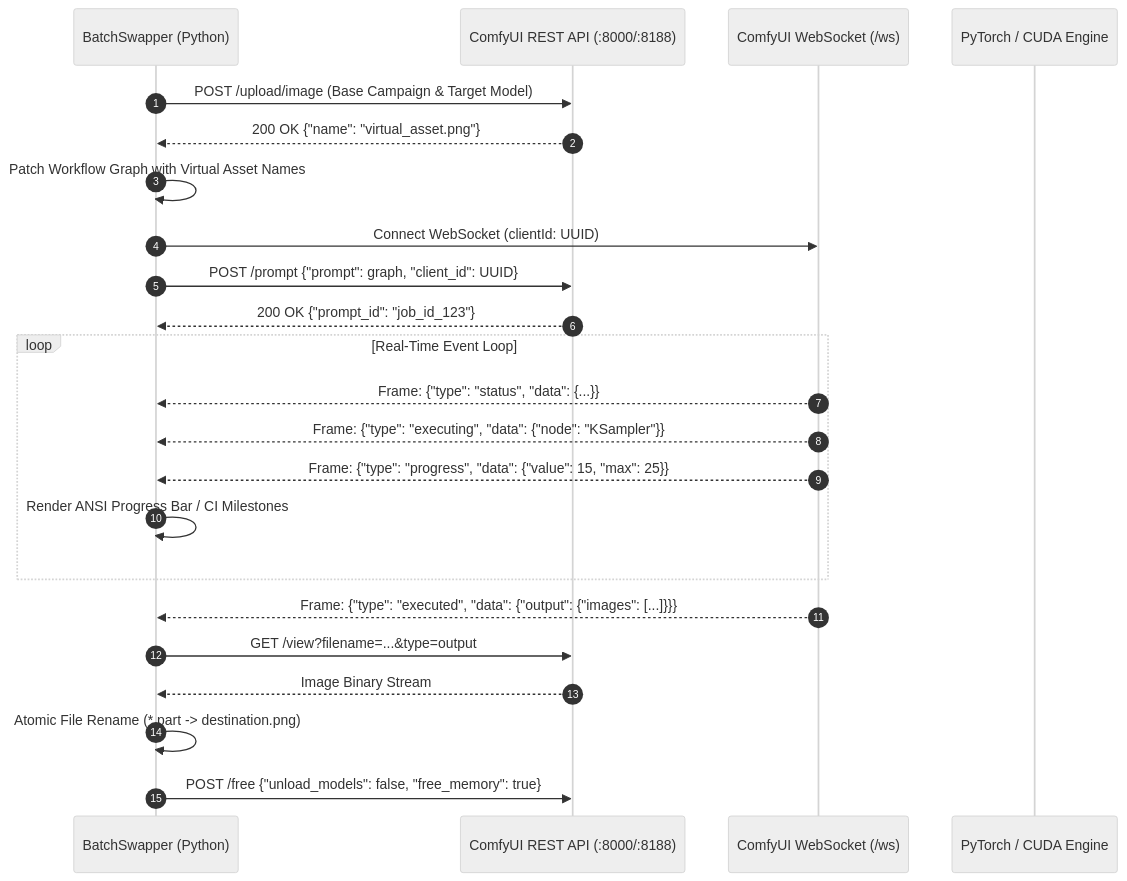
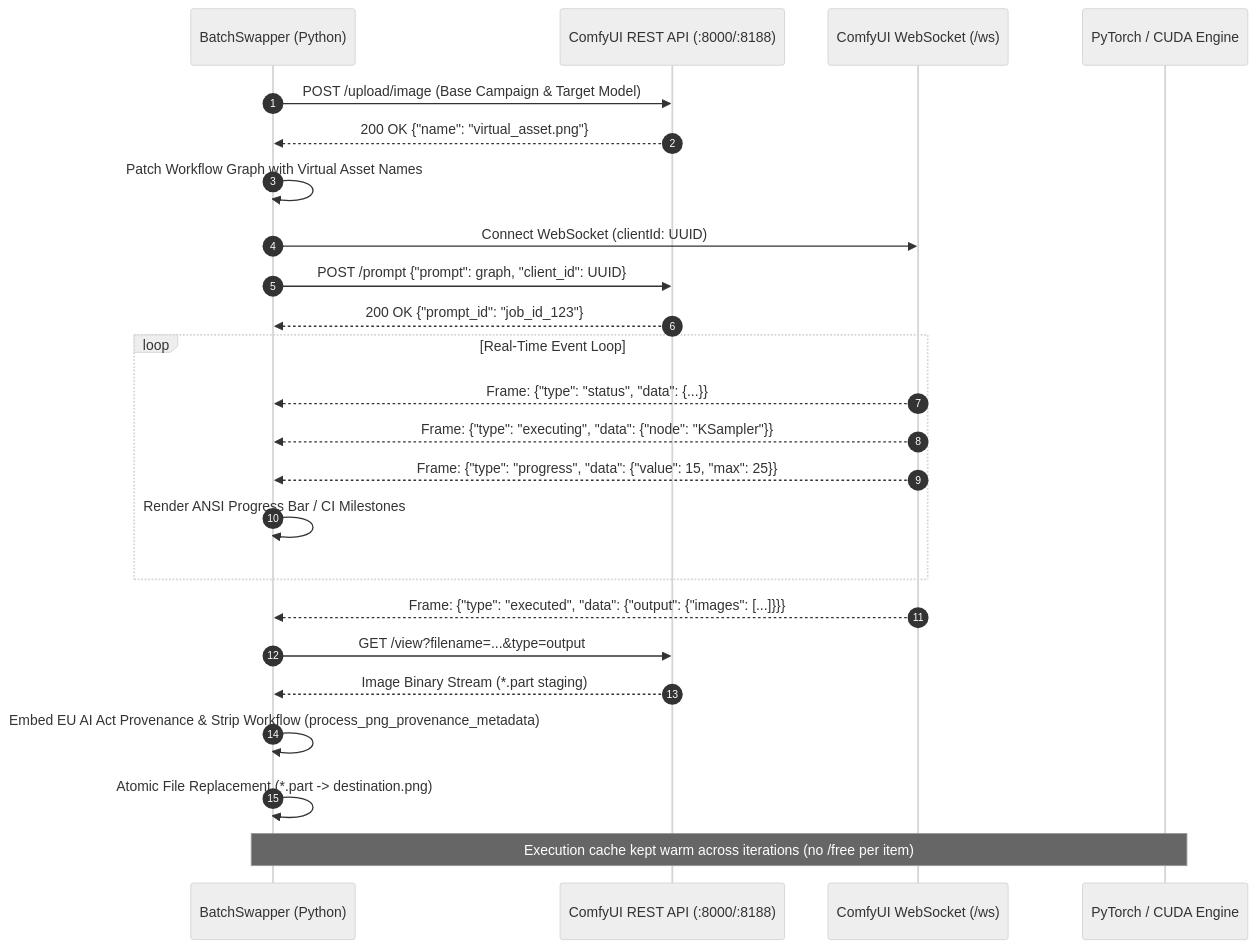
One commit to DanAzanza/BatchPersona changed the diagram in README.md. Above: the diagram before and after it, drawn with Mermaid (neutral theme). The commit also changed other lines of this file and 6 other files, not shown here.

First line of the commit message:
[core] Polish warm cache docs, tag, and CI cleanup

````diff
--- a/README.md
+++ b/README.md
@@ -91,28 +91,29 @@
 ```mermaid
 sequenceDiagram
     autonumber
     participant CLI as BatchSwapper (Python)
     participant REST as ComfyUI REST API (:8000/:8188)
     participant WS as ComfyUI WebSocket (/ws)
     participant GPU as PyTorch / CUDA Engine
 
     CLI->>REST: POST /upload/image (Base Campaign & Target Model)
     REST-->>CLI: 200 OK {"name": "virtual_asset.png"}
     CLI->>CLI: Patch Workflow Graph with Virtual Asset Names
     CLI->>WS: Connect WebSocket (clientId: UUID)
     CLI->>REST: POST /prompt {"prompt": graph, "client_id": UUID}
     REST-->>CLI: 200 OK {"prompt_id": "job_id_123"}
     
     loop Real-Time Event Loop
         WS-->>CLI: Frame: {"type": "status", "data": {...}}
         WS-->>CLI: Frame: {"type": "executing", "data": {"node": "KSampler"}}
         WS-->>CLI: Frame: {"type": "progress", "data": {"value": 15, "max": 25}}
         CLI->>CLI: Render ANSI Progress Bar / CI Milestones
     end
 
     WS-->>CLI: Frame: {"type": "executed", "data": {"output": {"images": [...]}}}
     CLI->>REST: GET /view?filename=...&type=output
-    REST-->>CLI: Image Binary Stream
-    CLI->>CLI: Atomic File Rename (*.part -> destination.png)
-    CLI->>REST: POST /free {"unload_models": false, "free_memory": true}
+    REST-->>CLI: Image Binary Stream (*.part staging)
+    CLI->>CLI: Embed EU AI Act Provenance & Strip Workflow (process_png_provenance_metadata)
+    CLI->>CLI: Atomic File Replacement (*.part -> destination.png)
+    Note over CLI,GPU: Execution cache kept warm across iterations (no /free per item)
 ```
````
